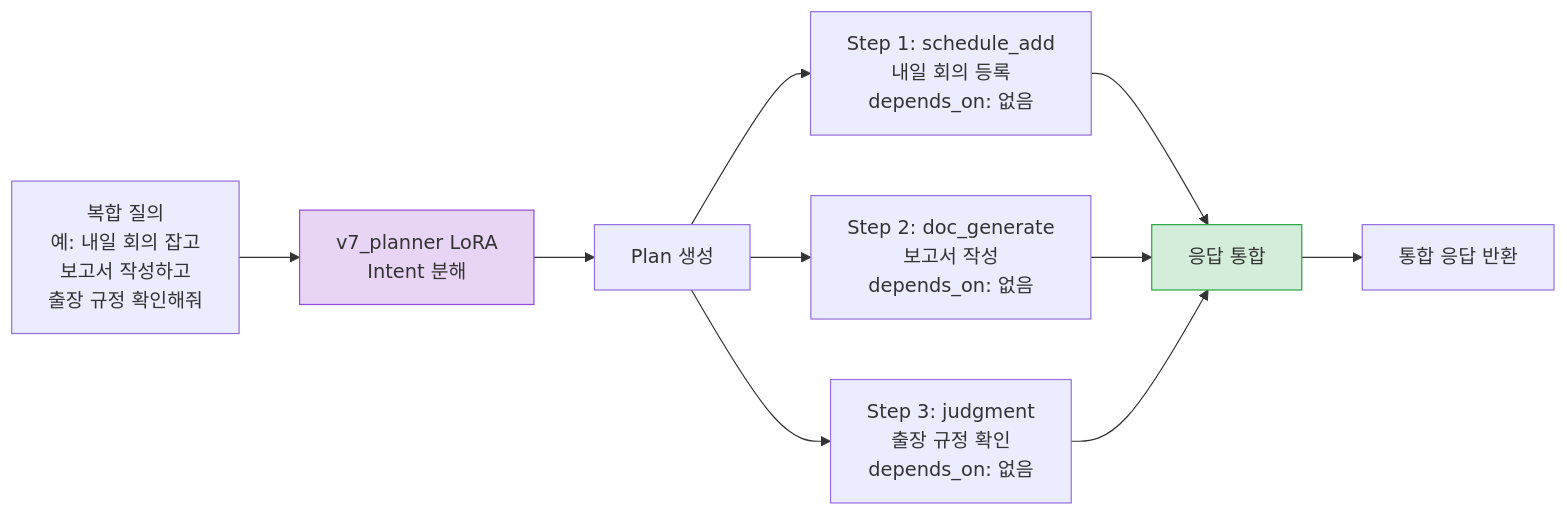
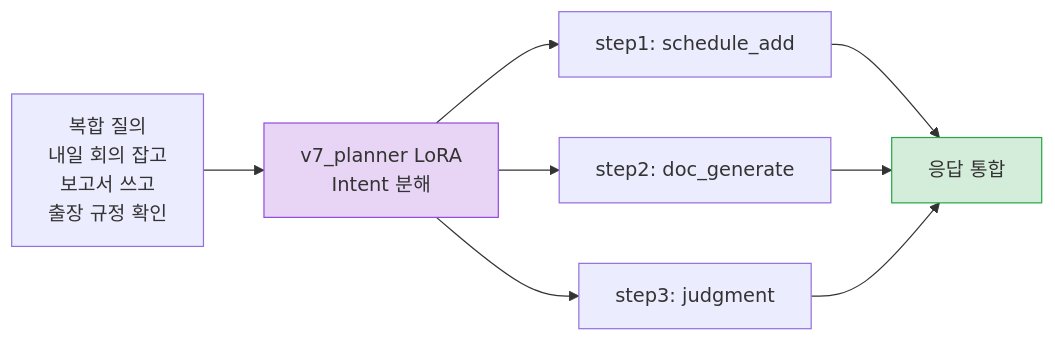
The fifth of 6 diagrams in README.md (SKNETWORKS-FAMILY-AICAMP/SKN21-FINAL-3TEAM), drawn with Mermaid before and after one commit. The commit also changed other lines of this file, not shown here.

````diff
--- a/README.md
+++ b/README.md
@@ -648,18 +274,11 @@
 ```mermaid
 flowchart LR
-    Input["복합 질의<br/>예: 내일 회의 잡고<br/>보고서 작성하고<br/>출장 규정 확인해줘"] --> Parse[v7_planner LoRA<br/>Intent 분해]
-
-    Parse --> Plan[Plan 생성]
-
-    Plan --> Step1["Step 1: schedule_add<br/>내일 회의 등록<br/>depends_on: 없음"]
-    Plan --> Step2["Step 2: doc_generate<br/>보고서 작성<br/>depends_on: 없음"]
-    Plan --> Step3["Step 3: judgment<br/>출장 규정 확인<br/>depends_on: 없음"]
-
-    Step1 --> Merge[응답 통합]
-    Step2 --> Merge
-    Step3 --> Merge
-    Merge --> Output[통합 응답 반환]
+    Input["복합 질의<br/>내일 회의 잡고<br/>보고서 쓰고<br/>출장 규정 확인"] --> Parse[v7_planner LoRA<br/>Intent 분해]
+    Parse --> Step1["step1: schedule_add"]
+    Parse --> Step2["step2: doc_generate"]
+    Parse --> Step3["step3: judgment"]
+    Step1 & Step2 & Step3 --> Merge[응답 통합]
 
     style Parse fill:#e8d5f5,stroke:#944ad9
     style Merge fill:#d4edda,stroke:#28a745
 ```
````
